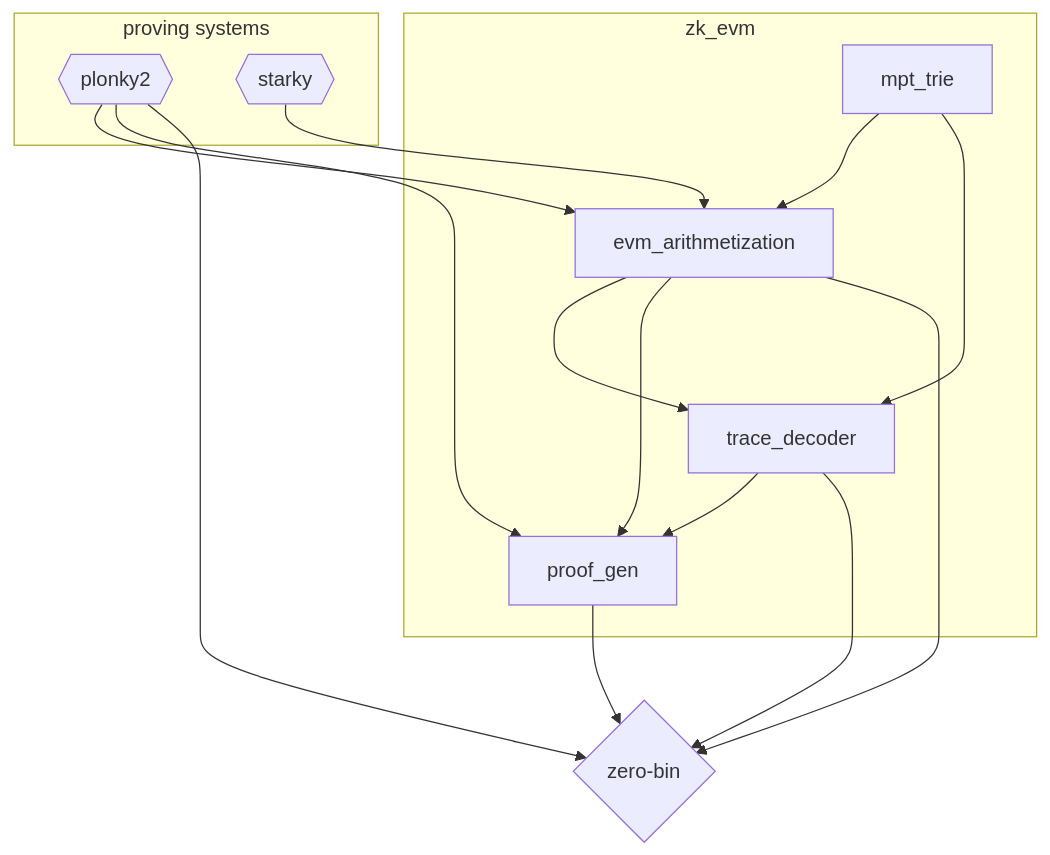
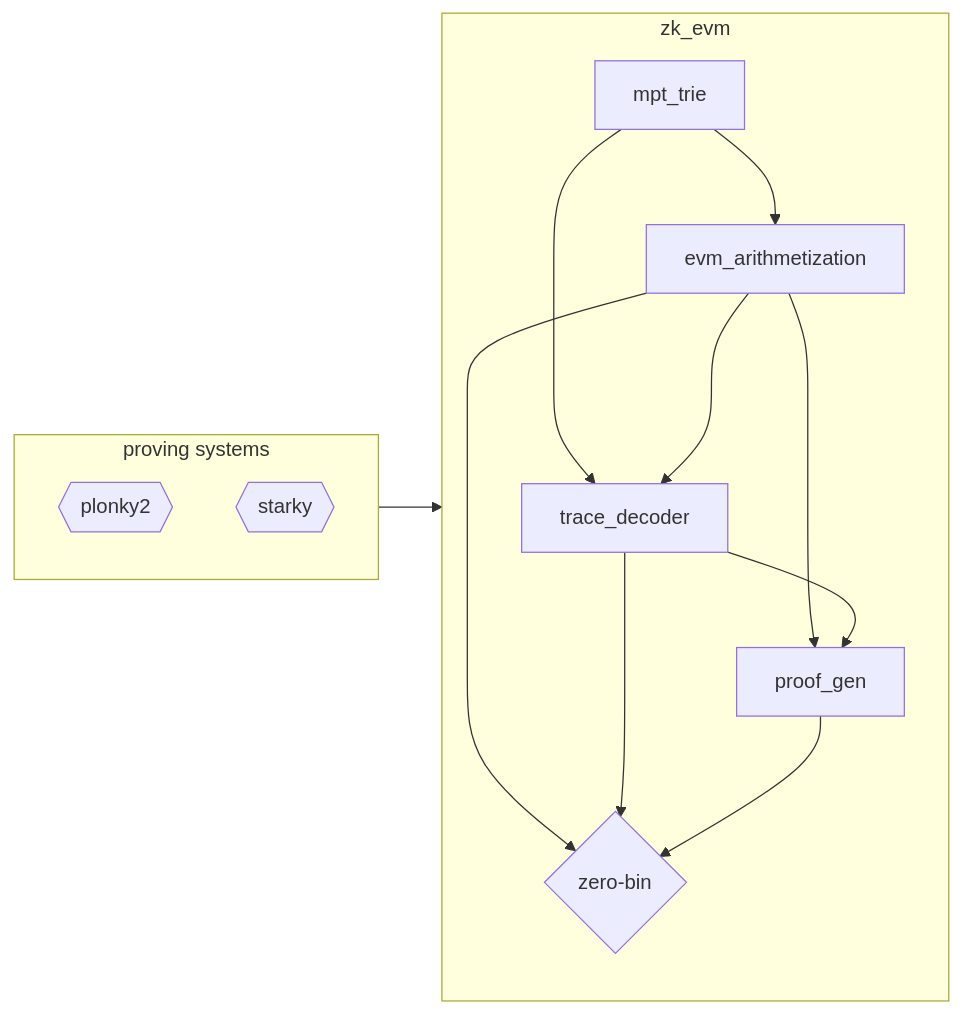
Before and after one commit to 0xPolygonZero/zk_evm: the diagram in README.md, drawn with Mermaid. The commit also changed other lines of this file and 1 other file, not shown here.

````diff
--- a/README.md
+++ b/README.md
@@ -25,28 +33,27 @@
 ```mermaid
-flowchart TD
+flowchart LR
     subgraph ps [proving systems]
     A1{{plonky2}}
     A2{{starky}}
     end
+
+    ps --> zk_evm
 
     subgraph zk_evm [zk_evm]
     B[mpt_trie]
     C[evm_arithmetization]
     D[trace_decoder]
     E[proof_gen]
-    A1 --> C
-    A1 --> E
-    A2 --> C
+
     B --> C
     B ---> D
     C ---> D
     C --> E
     D --> E
-    end
 
     F{zero-bin}
-    A1 --> F
     C --> F
     D --> F
     E --> F
+    end
 ```
````
